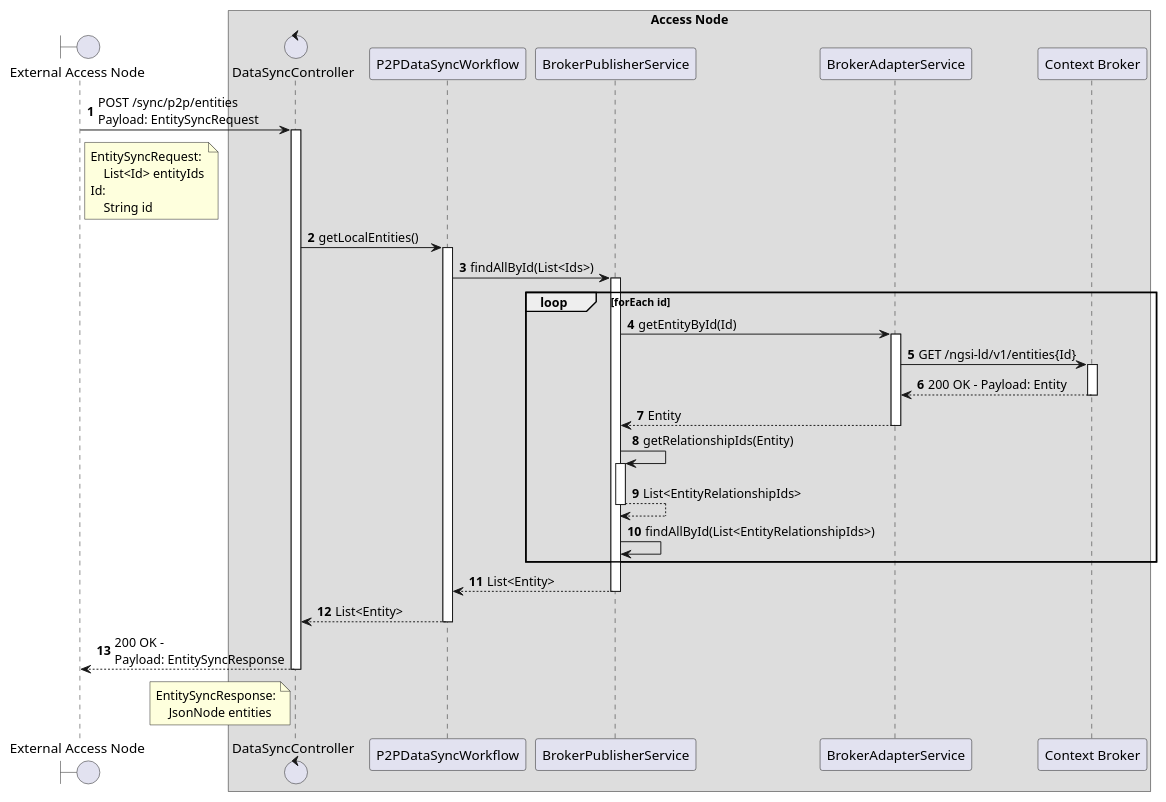
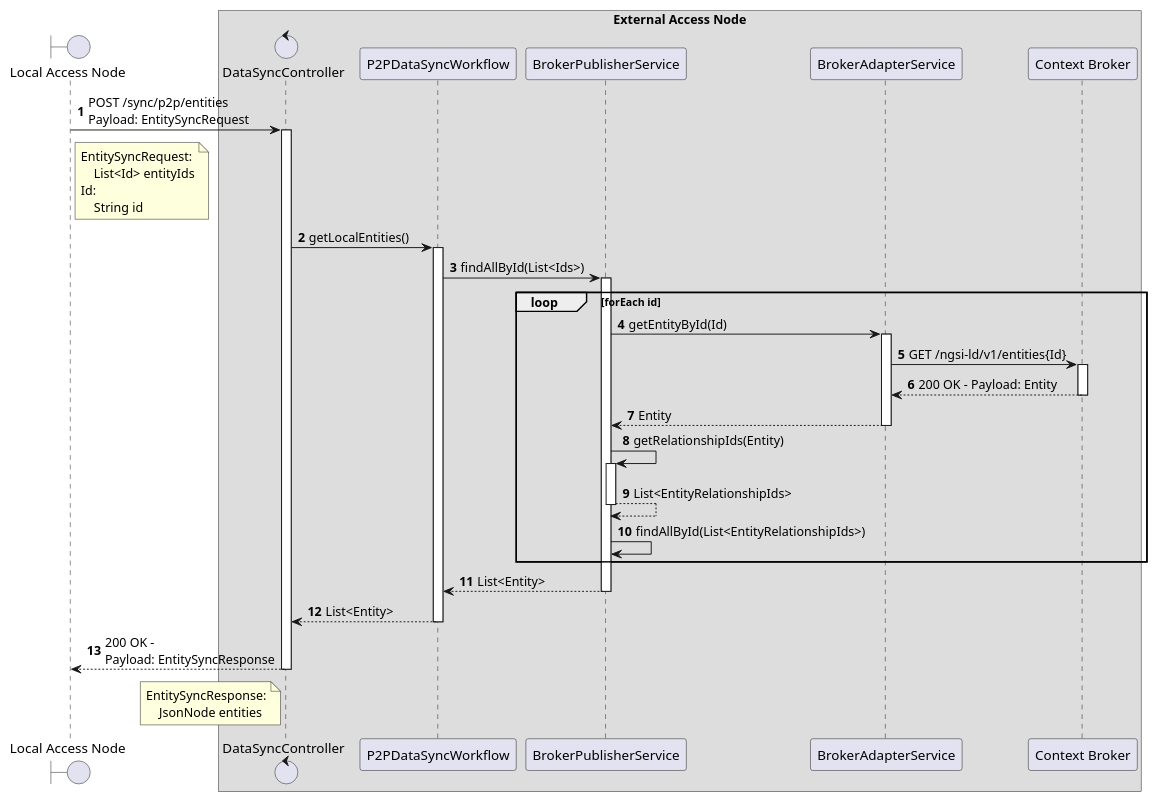
One commit to in2workspace/in2-guides changed the diagram in desmos-tech-doc/diagrams/use-case-data-synchronization-entities.puml. Above: the diagram before and after it, drawn with PlantUML. The commit also changed 2 other files, not shown here.

Commit message:
feat(data-syncronization): reestructured order and create data synchronization entities

```diff
--- a/desmos-tech-doc/diagrams/use-case-data-synchronization-entities.puml
+++ b/desmos-tech-doc/diagrams/use-case-data-synchronization-entities.puml
@@ -1,53 +1,53 @@
 @startuml
 'https://plantuml.com/sequence-diagram
 
 '---------- Config ----------------
 
 autonumber
 
 '---------- Header ----------------
 
-boundary "External Access Node" as ean
+boundary "Local Access Node" as lan
 
-box "Access Node"
+box "External Access Node"
 
   control "DataSyncController" as dsc
   participant "P2PDataSyncWorkflow" as p2p_dsw
   participant "BrokerPublisherService" as bps
   participant "BrokerAdapterService" as bas
   participant "Context Broker" as cb
 
 end box
 
 '---------- Diagram ----------------
 
-ean -> dsc++: POST /sync/p2p/entities \nPayload: EntitySyncRequest
+lan -> dsc++: POST /sync/p2p/entities \nPayload: EntitySyncRequest
 
-note right of ean
+note right of lan
     EntitySyncRequest:
         List<Id> entityIds
     Id:
         String id
 end note
 
     dsc -> p2p_dsw++: getLocalEntities()
         p2p_dsw -> bps++: findAllById(List<Ids>)
         loop forEach id
             bps -> bas++: getEntityById(Id)
                 bas -> cb++: GET /ngsi-ld/v1/entities{Id}
                 return 200 OK - Payload: Entity
             return Entity
             bps -> bps++: getRelationshipIds(Entity)
             return List<EntityRelationshipIds>
             bps -> bps: findAllById(List<EntityRelationshipIds>)
 
         end
         return List<Entity>
     return List<Entity>
 return 200 OK - \nPayload: EntitySyncResponse
 
 note left of dsc
     EntitySyncResponse:
         JsonNode entities
 end note
 @enduml
```
